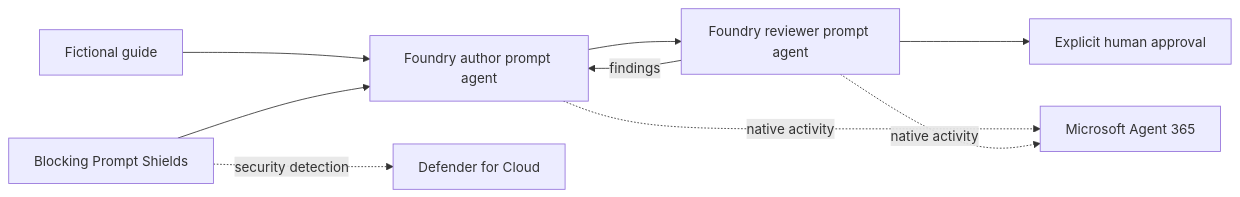
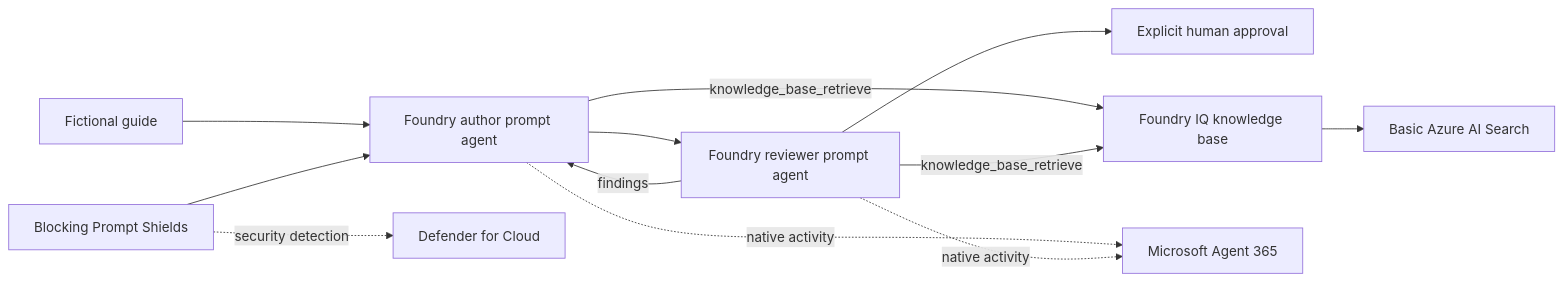
One commit to adrianwright/training-knowledge-check changed the diagram in README.md. Above: the diagram before and after it, drawn with Mermaid. The commit also changed other lines of this file and 11 other files, not shown here.

Commit message:
Add scripted Foundry IQ knowledge retrieval

````diff
--- a/README.md
+++ b/README.md
@@ -9,11 +9,14 @@
 ```mermaid
 flowchart LR
   G[Fictional guide] --> A[Foundry author prompt agent]
   A --> R[Foundry reviewer prompt agent]
   R -->|findings| A
   R --> H[Explicit human approval]
+  A -->|knowledge_base_retrieve| K[Foundry IQ knowledge base]
+  R -->|knowledge_base_retrieve| K
+  K --> S[Basic Azure AI Search]
   A -. native activity .-> M[Microsoft Agent 365]
   R -. native activity .-> M
   P[Blocking Prompt Shields] --> A
   P -. security detection .-> D[Defender for Cloud]
 ```
````
